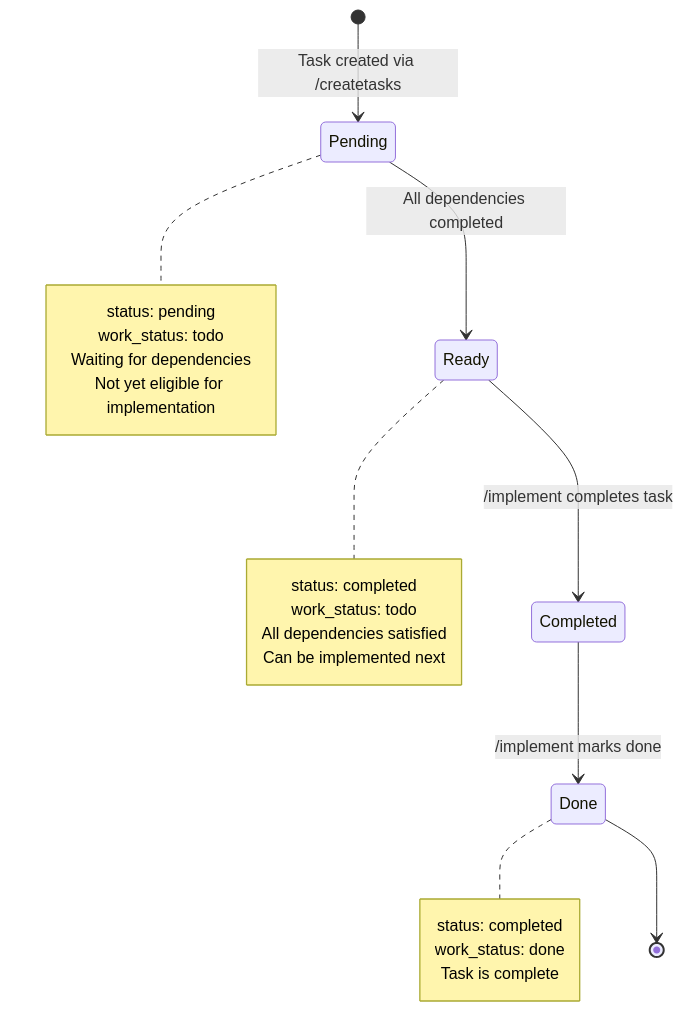
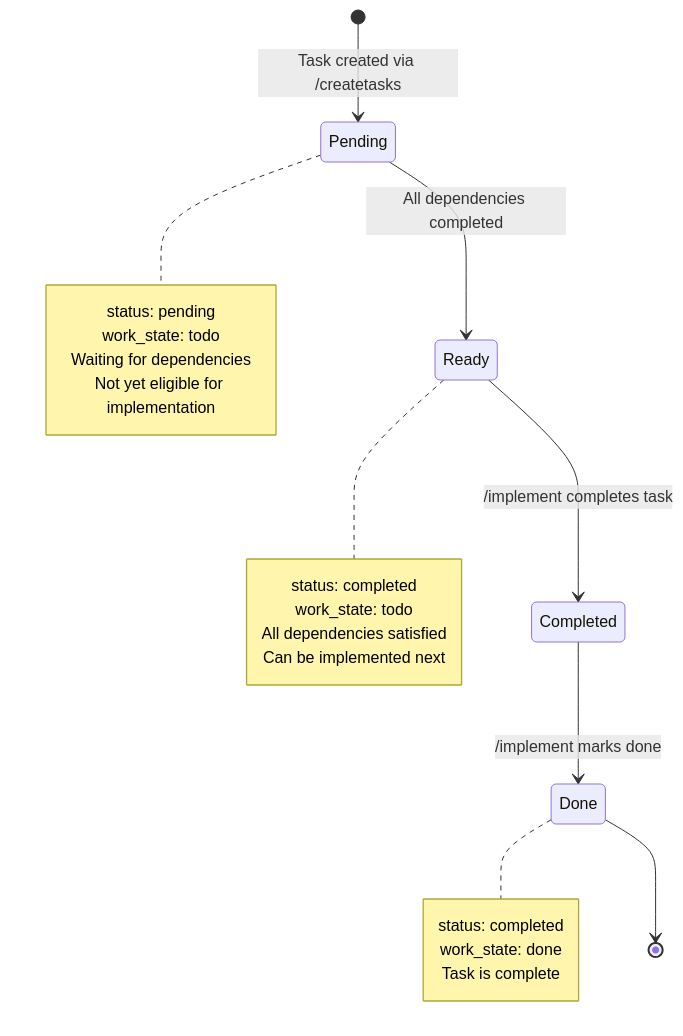
The third of 6 diagrams in docs/implement-workflows.md (matlockx/workflow), drawn with Mermaid before and after one commit. The commit also changed other lines of this file and 10 other files, not shown here.

````diff
--- a/docs/implement-workflows.md
+++ b/docs/implement-workflows.md
@@ -130,29 +132,29 @@
 ```mermaid
 stateDiagram-v2
     [*] --> Pending: Task created via /createtasks
 
     Pending --> Ready: All dependencies completed
     note right of Pending
         status: pending
-        work_status: todo
+        work_state: todo
         Waiting for dependencies
         Not yet eligible for implementation
     end note
 
     Ready --> Completed: /implement completes task
     note right of Ready
         status: completed
-        work_status: todo
+        work_state: todo
         All dependencies satisfied
         Can be implemented next
     end note
 
     Completed --> Done: /implement marks done
     note right of Done
         status: completed
-        work_status: done
+        work_state: done
         Task is complete
     end note
 
     Done --> [*]
 ```
````
